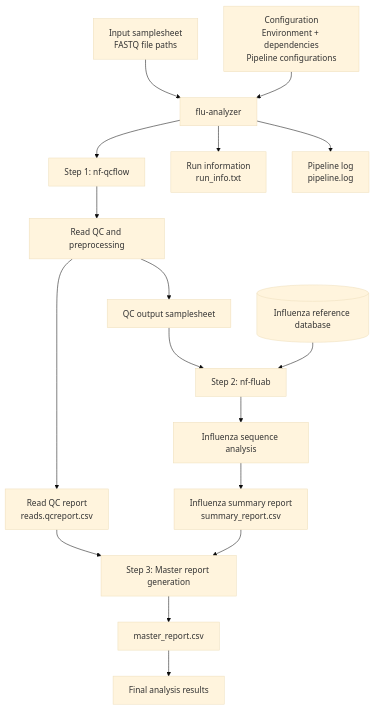
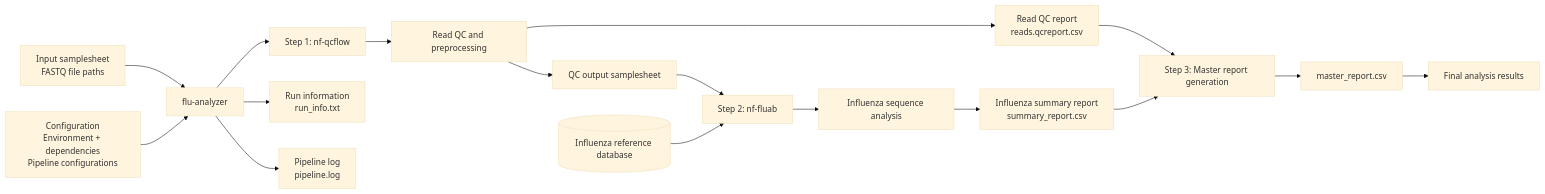
Before and after one commit to provlab-bioinfo/flu-analyzer: the diagram in README.md, drawn with Mermaid (base theme).

Commit message:
Revise workflow diagram in README.md
Updated workflow overview diagram in README.

````diff
--- a/README.md
+++ b/README.md
@@ -13,26 +13,26 @@
 ```mermaid
-flowchart TD
+flowchart LR
     A["Input samplesheet<br/>FASTQ file paths"] --> B["flu-analyzer"]
 
     C["Configuration<br/>Environment + dependencies<br/>Pipeline configurations"] --> B
 
     B --> D["Step 1: nf-qcflow"]
     D --> E["Read QC and preprocessing"]
     E --> F["QC output samplesheet"]
 
     F --> G["Step 2: nf-fluab"]
     H[("Influenza reference database")] --> G
     G --> I["Influenza sequence analysis"]
 
     E --> J["Read QC report<br/>reads.qcreport.csv"]
     I --> K["Influenza summary report<br/>summary_report.csv"]
 
     J --> L["Step 3: Master report generation"]
     K --> L
     L --> M["master_report.csv"]
 
     B --> N["Run information<br/>run_info.txt"]
     B --> O["Pipeline log<br/>pipeline.log"]
 
     M --> P["Final analysis results"]
 ```
````
